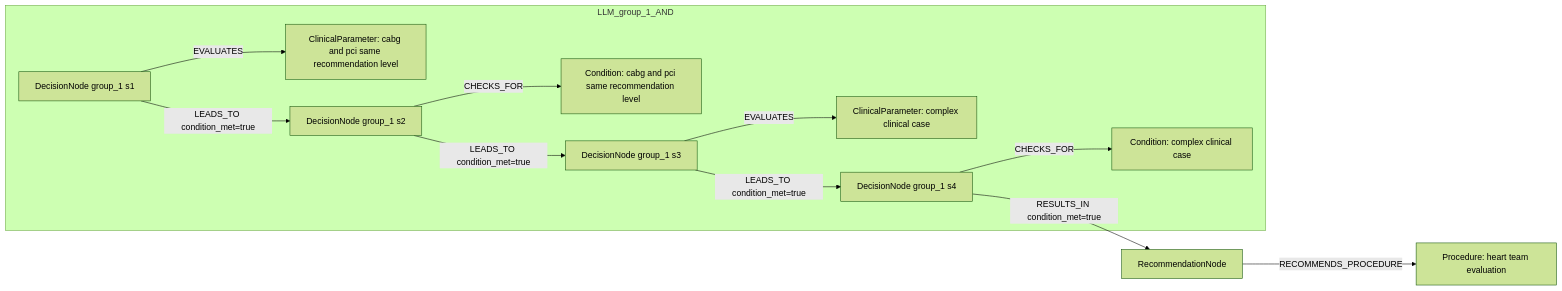
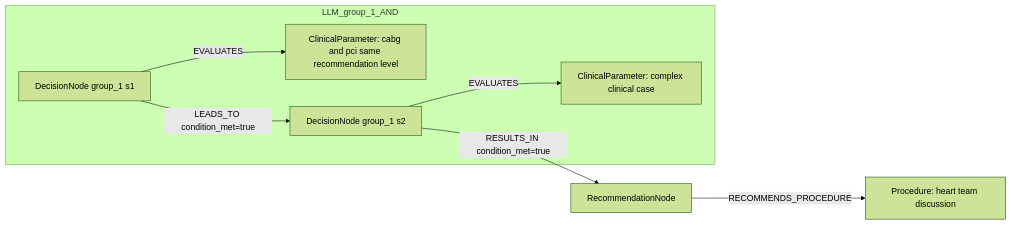
One commit to dieterich-lab/CardioGuidelinesGraph changed the second of 2 diagrams in docs/table22_rows_comparison/row_02.md. Above: the diagram before and after it, drawn with Mermaid (forest theme). The commit also changed other lines of this file and 20 other files, not shown here.

````diff
--- a/docs/table22_rows_comparison/row_02.md
+++ b/docs/table22_rows_comparison/row_02.md
@@ -169,24 +122,16 @@
 ```mermaid
 graph LR
   REC[RecommendationNode]
-  ACT1[Procedure: heart team evaluation]
+  ACT1[Procedure: heart team discussion]
   REC -->|RECOMMENDS_PROCEDURE| ACT1
   subgraph LLM_group_1_AND
     D_group_1_1[DecisionNode group_1 s1]
     C_group_1_1[ClinicalParameter: cabg and pci same recommendation level]
     D_group_1_1 -->|EVALUATES| C_group_1_1
     D_group_1_2[DecisionNode group_1 s2]
-    C_group_1_2[Condition: cabg and pci same recommendation level]
-    D_group_1_2 -->|CHECKS_FOR| C_group_1_2
-    D_group_1_3[DecisionNode group_1 s3]
-    C_group_1_3[ClinicalParameter: complex clinical case]
-    D_group_1_3 -->|EVALUATES| C_group_1_3
-    D_group_1_4[DecisionNode group_1 s4]
-    C_group_1_4[Condition: complex clinical case]
-    D_group_1_4 -->|CHECKS_FOR| C_group_1_4
+    C_group_1_2[ClinicalParameter: complex clinical case]
+    D_group_1_2 -->|EVALUATES| C_group_1_2
     D_group_1_1 -->|LEADS_TO condition_met=true| D_group_1_2
-    D_group_1_2 -->|LEADS_TO condition_met=true| D_group_1_3
-    D_group_1_3 -->|LEADS_TO condition_met=true| D_group_1_4
   end
-  D_group_1_4 -->|RESULTS_IN condition_met=true| REC
+  D_group_1_2 -->|RESULTS_IN condition_met=true| REC
 ```
````
